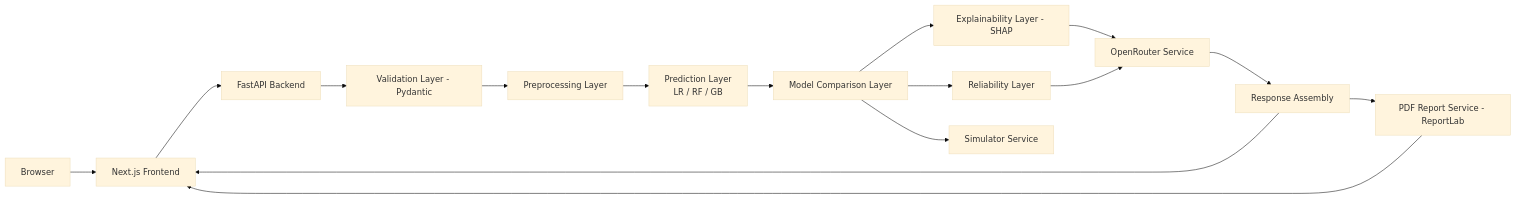
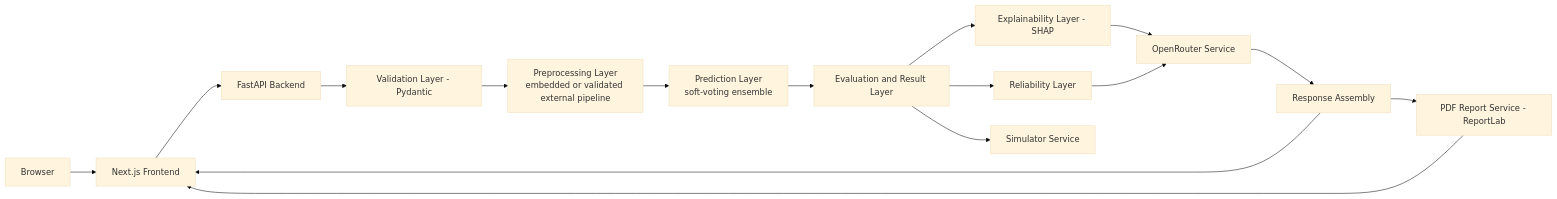
Before and after one commit to ravixpanchal/whybe26_a2r2: the diagram in implementation_plan.md, drawn with Mermaid (base theme). The commit also changed other lines of this file and 1 other file, not shown here.

````diff
--- a/implementation_plan.md
+++ b/implementation_plan.md
@@ -151,18 +151,18 @@
 ```mermaid
 flowchart LR
     A[Browser] --> B[Next.js Frontend]
     B --> C[FastAPI Backend]
     C --> D[Validation Layer - Pydantic]
-    D --> E[Preprocessing Layer]
-    E --> F[Prediction Layer\nLR / RF / GB]
-    F --> G[Model Comparison Layer]
+    D --> E[Preprocessing Layer\nembedded or validated external pipeline]
+    E --> F[Prediction Layer\nsoft-voting ensemble]
+    F --> G[Evaluation and Result Layer]
     G --> H[Explainability Layer - SHAP]
     G --> I[Reliability Layer]
     H --> J[OpenRouter Service]
     I --> J
     J --> K[Response Assembly]
     K --> B
     G --> L[Simulator Service]
     K --> M[PDF Report Service - ReportLab]
     M --> B
 ```
````
